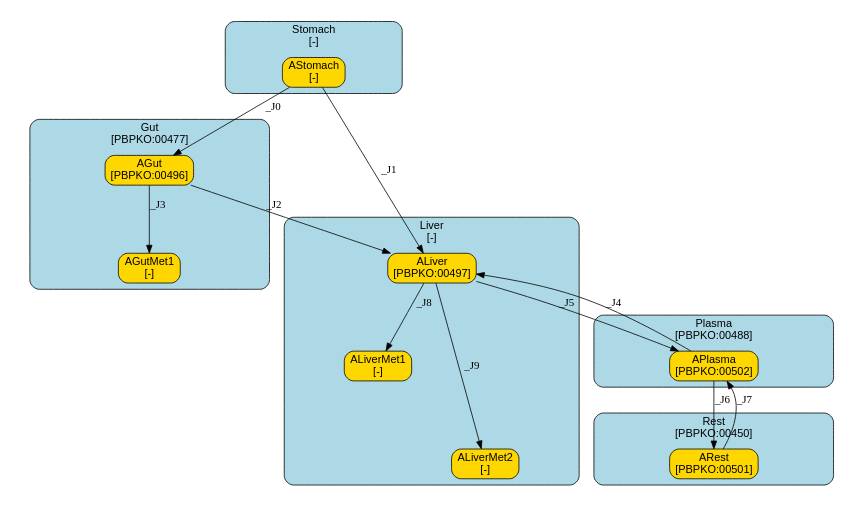
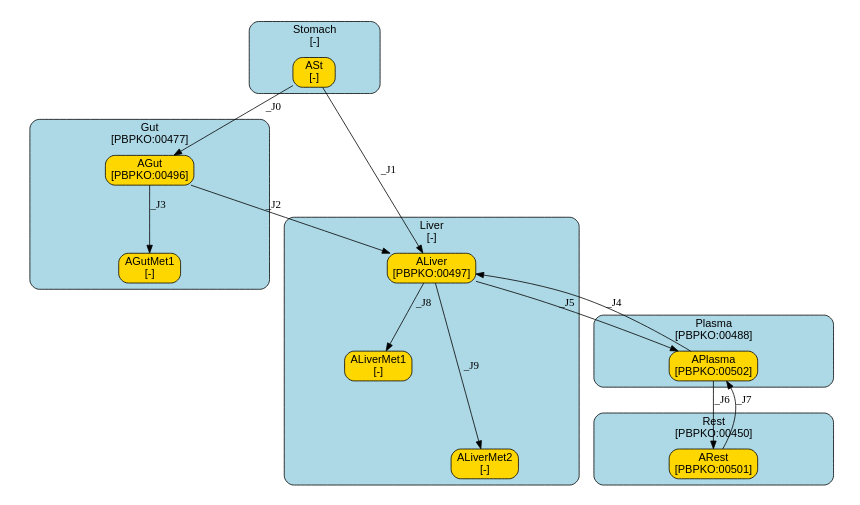
One commit to fair-pbk/exposure-route-pbk-models changed the diagram in models/oral/Bisphenols/Deepika/summary.dot. Above: the diagram before and after it, drawn with Graphviz. The commit also changed 188 other files, not shown here.

```diff
--- a/models/oral/Bisphenols/Deepika/summary.dot
+++ b/models/oral/Bisphenols/Deepika/summary.dot
@@ -1,130 +1,130 @@
 digraph {
 	graph [ratio=fill,
 		size="7,4"
 	];
 	node [fontname=Arial];
 	subgraph cluster_Stomach {
 		graph [color=black,
 			fillcolor=lightblue,
 			fontname=Arial,
 			href="#compartment-Stomach",
 			label="Stomach
 [-]",
 			shape=box,
 			style="filled,rounded"
 		];
-		AStomach	[color=black,
+		ASt	[color=black,
 			fillcolor=gold,
-			href="#species-AStomach",
-			label="AStomach
+			href="#species-ASt",
+			label="ASt
 [-]",
 			shape=box,
 			style="filled,rounded"];
 	}
 	subgraph cluster_Liver {
 		graph [color=black,
 			fillcolor=lightblue,
 			fontname=Arial,
 			href="#compartment-Liver",
 			label="Liver
 [-]",
 			shape=box,
 			style="filled,rounded"
 		];
 		ALiver	[color=black,
 			fillcolor=gold,
 			href="#species-ALiver",
 			label="ALiver
 [PBPKO:00497]",
 			shape=box,
 			style="filled,rounded"];
 		ALiverMet1	[color=black,
 			fillcolor=gold,
 			href="#species-ALiverMet1",
 			label="ALiverMet1
 [-]",
 			shape=box,
 			style="filled,rounded"];
 		ALiverMet2	[color=black,
 			fillcolor=gold,
 			href="#species-ALiverMet2",
 			label="ALiverMet2
 [-]",
 			shape=box,
 			style="filled,rounded"];
 	}
 	subgraph cluster_Plasma {
 		graph [color=black,
 			fillcolor=lightblue,
 			fontname=Arial,
 			href="#compartment-Plasma",
 			label="Plasma
 [PBPKO:00488]",
 			shape=box,
 			style="filled,rounded"
 		];
 		APlasma	[color=black,
 			fillcolor=gold,
 			href="#species-APlasma",
 			label="APlasma
 [PBPKO:00502]",
 			shape=box,
 			style="filled,rounded"];
 	}
 	subgraph cluster_Gut {
 		graph [color=black,
 			fillcolor=lightblue,
 			fontname=Arial,
 			href="#compartment-Gut",
 			label="Gut
 [PBPKO:00477]",
 			shape=box,
 			style="filled,rounded"
 		];
 		AGut	[color=black,
 			fillcolor=gold,
 			href="#species-AGut",
 			label="AGut
 [PBPKO:00496]",
 			shape=box,
 			style="filled,rounded"];
 		AGutMet1	[color=black,
 			fillcolor=gold,
 			href="#species-AGutMet1",
 			label="AGutMet1
 [-]",
 			shape=box,
 			style="filled,rounded"];
 	}
 	subgraph cluster_Rest {
 		graph [color=black,
 			fillcolor=lightblue,
 			fontname=Arial,
 			href="#compartment-Rest",
 			label="Rest
 [PBPKO:00450]",
 			shape=box,
 			style="filled,rounded"
 		];
 		ARest	[color=black,
 			fillcolor=gold,
 			href="#species-ARest",
 			label="ARest
 [PBPKO:00501]",
 			shape=box,
 			style="filled,rounded"];
 	}
-	AStomach -> ALiver	[label=_J1];
-	AStomach -> AGut	[label=_J0];
+	ASt -> ALiver	[label=_J1];
+	ASt -> AGut	[label=_J0];
 	ALiver -> ALiverMet1	[label=_J8,
 		minlen=1];
 	ALiver -> ALiverMet2	[label=_J9,
 		minlen=2];
 	ALiver -> APlasma	[label=_J5];
 	APlasma -> ALiver	[label=_J4];
 	APlasma -> ARest	[label=_J6];
 	AGut -> ALiver	[label=_J2];
 	AGut -> AGutMet1	[label=_J3,
 		minlen=1];
 	ARest -> APlasma	[label=_J7];
 }
```
